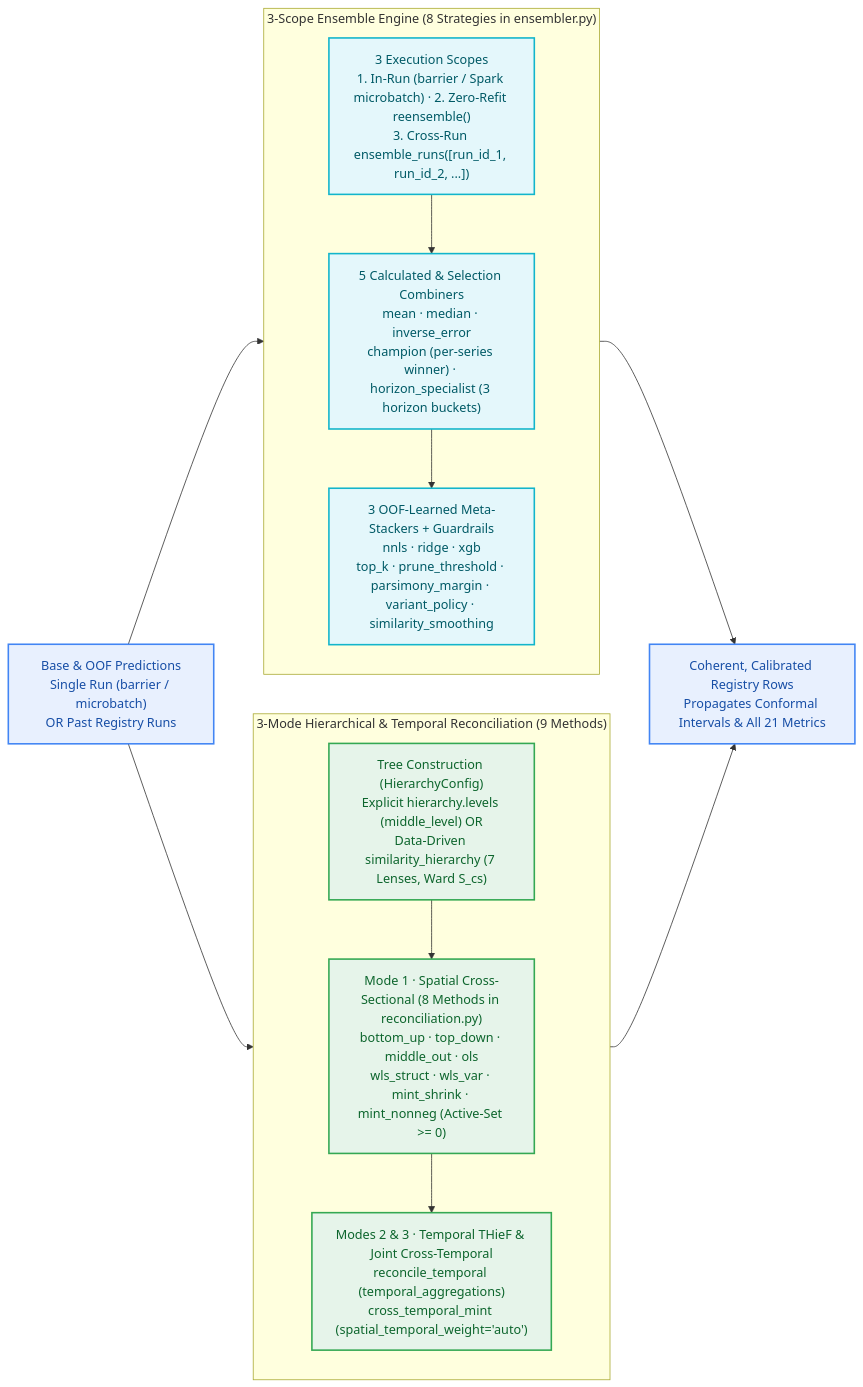
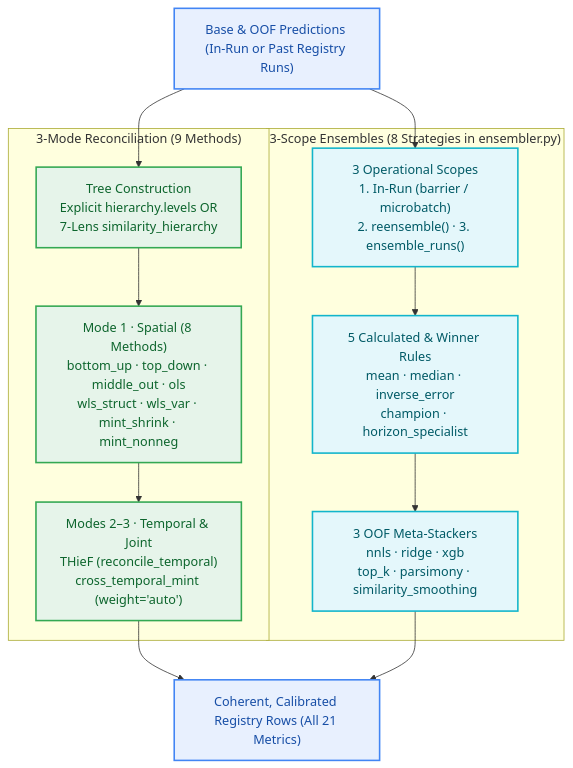
Diagram 13 of 17 in docs/visual_architecture.md (statmike/scale-forecasting), drawn with Mermaid before and after one commit. The commit also changed other lines of this file and 14 other files, not shown here.

Commit message:
docs(mermaid): reconfigure wide diagrams to vertical TD layout with concise labels

````diff
--- a/docs/visual_architecture.md
+++ b/docs/visual_architecture.md
@@ -545,32 +537,30 @@
 ```mermaid
-flowchart LR
-    BASE_IN["Base & OOF Predictions<br/>Single Run (barrier / microbatch)<br/>OR Past Registry Runs"]
+flowchart TD
+    BASE_IN["Base & OOF Predictions (In-Run or Past Registry Runs)"]
 
-    subgraph COH["3-Mode Hierarchical & Temporal Reconciliation (9 Methods)"]
-        direction TB
-        H_TREE["Tree Construction (HierarchyConfig)<br/>Explicit hierarchy.levels (middle_level) OR<br/>Data-Driven similarity_hierarchy (7 Lenses, Ward S_cs)"]
-        H_SPAT["Mode 1 · Spatial Cross-Sectional (8 Methods in reconciliation.py)<br/>bottom_up · top_down · middle_out · ols<br/>wls_struct · wls_var · mint_shrink · mint_nonneg (Active-Set >= 0)"]
-        H_TEMP["Modes 2 & 3 · Temporal THieF & Joint Cross-Temporal<br/>reconcile_temporal (temporal_aggregations)<br/>cross_temporal_mint (spatial_temporal_weight='auto')"]
+    subgraph COH["3-Mode Reconciliation (9 Methods)"]
+        H_TREE["Tree Construction<br/>Explicit hierarchy.levels OR<br/>7-Lens similarity_hierarchy"]
+        H_SPAT["Mode 1 · Spatial (8 Methods)<br/>bottom_up · top_down · middle_out · ols<br/>wls_struct · wls_var · mint_shrink · mint_nonneg"]
+        H_TEMP["Modes 2–3 · Temporal & Joint<br/>THieF (reconcile_temporal)<br/>cross_temporal_mint (weight='auto')"]
         H_TREE --> H_SPAT --> H_TEMP
     end
 
-    subgraph ENS_ALL["3-Scope Ensemble Engine (8 Strategies in ensembler.py)"]
-        direction TB
-        E_SCOPE["3 Execution Scopes<br/>1. In-Run (barrier / Spark microbatch) · 2. Zero-Refit reensemble()<br/>3. Cross-Run ensemble_runs([run_id_1, run_id_2, ...])"]
-        E_CALC["5 Calculated & Selection Combiners<br/>mean · median · inverse_error<br/>champion (per-series winner) · horizon_specialist (3 horizon buckets)"]
-        E_STACK["3 OOF-Learned Meta-Stackers + Guardrails<br/>nnls · ridge · xgb<br/>top_k · prune_threshold · parsimony_margin · variant_policy · similarity_smoothing"]
+    subgraph ENS_ALL["3-Scope Ensembles (8 Strategies in ensembler.py)"]
+        E_SCOPE["3 Operational Scopes<br/>1. In-Run (barrier / microbatch)<br/>2. reensemble() · 3. ensemble_runs()"]
+        E_CALC["5 Calculated & Winner Rules<br/>mean · median · inverse_error<br/>champion · horizon_specialist"]
+        E_STACK["3 OOF Meta-Stackers<br/>nnls · ridge · xgb<br/>top_k · parsimony · similarity_smoothing"]
         E_SCOPE --> E_CALC --> E_STACK
     end
 
-    OUT_COH["Coherent, Calibrated Registry Rows<br/>Propagates Conformal Intervals & All 21 Metrics"]
+    OUT_COH["Coherent, Calibrated Registry Rows (All 21 Metrics)"]
 
     BASE_IN --> H_TREE & E_SCOPE
     H_TEMP & E_STACK --> OUT_COH
 
     classDef data fill:#E8F0FE,stroke:#4285F4,stroke-width:2px,color:#174EA6
     classDef compute fill:#E6F4EA,stroke:#34A853,stroke-width:2px,color:#0D652D
     classDef decision fill:#E4F7FB,stroke:#12B5CB,stroke-width:2px,color:#005A66
     class BASE_IN,OUT_COH data
     class H_TREE,H_SPAT,H_TEMP compute
     class E_SCOPE,E_CALC,E_STACK decision
 ```
````
